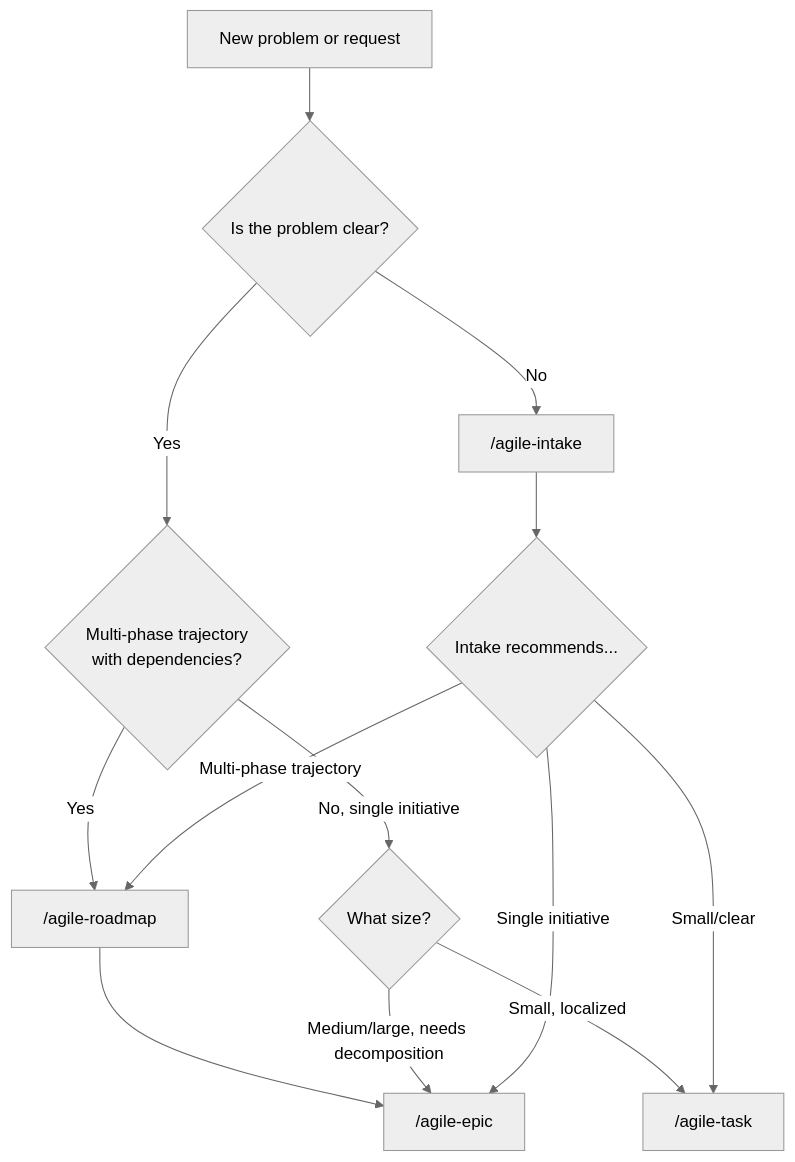
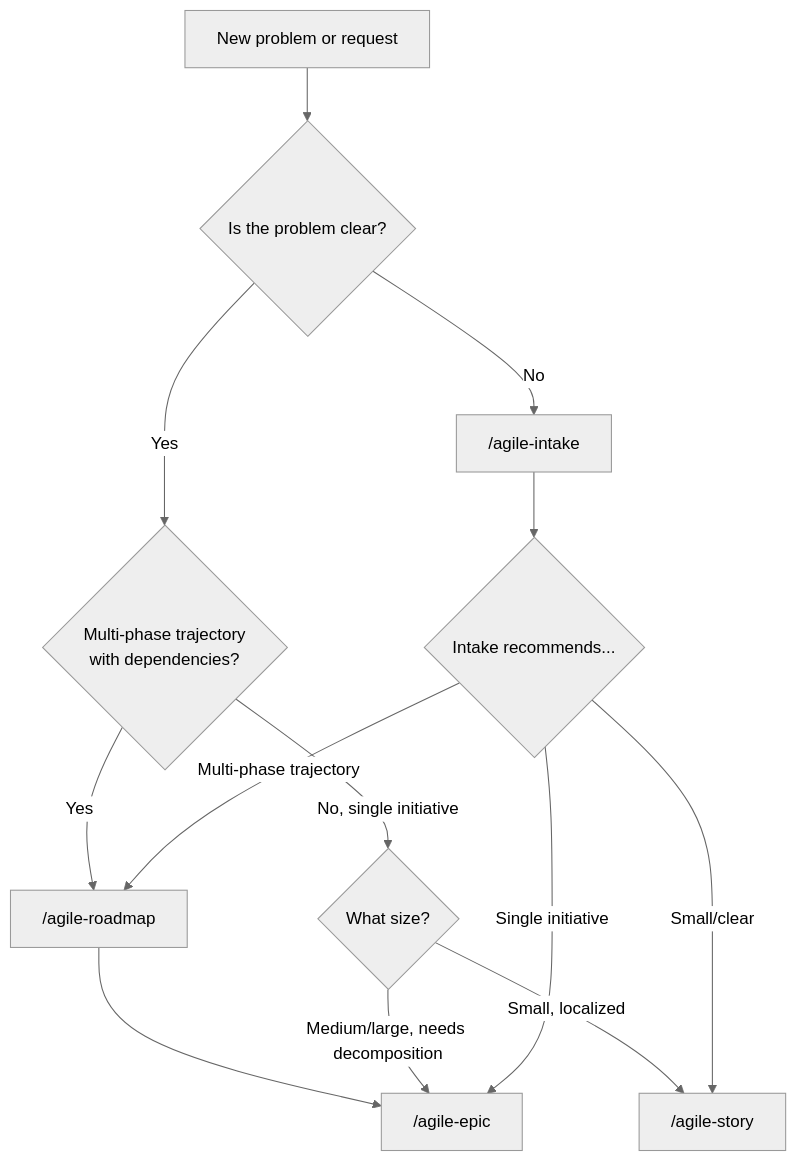
Before and after one commit to djalmajr/essential-skills: the first of 2 diagrams in skills/agile-router/SKILL.md, drawn with Mermaid (neutral theme). The commit also changed other lines of this file and 33 other files, not shown here.

First line of the commit message:
refactor(skills): rename agile-planning→agile-sprint, agile-task→agile-story

````diff
--- a/skills/agile-router/SKILL.md
+++ b/skills/agile-router/SKILL.md
@@ -33,15 +33,15 @@
 ```mermaid
 flowchart TD
     A[New problem or request] --> B{Is the problem clear?}
     B -- No --> C["/agile-intake"]
     B -- Yes --> D{Multi-phase trajectory<br/>with dependencies?}
     D -- Yes --> I["/agile-roadmap"]
     I --> G["/agile-epic"]
     D -- "No, single initiative" --> E{What size?}
-    E -- "Small, localized" --> F["/agile-task"]
+    E -- "Small, localized" --> F["/agile-story"]
     E -- "Medium/large, needs decomposition" --> G
     C --> H{Intake recommends...}
     H -- Multi-phase trajectory --> I
     H -- Single initiative --> G
     H -- Small/clear --> F
 ```
````
